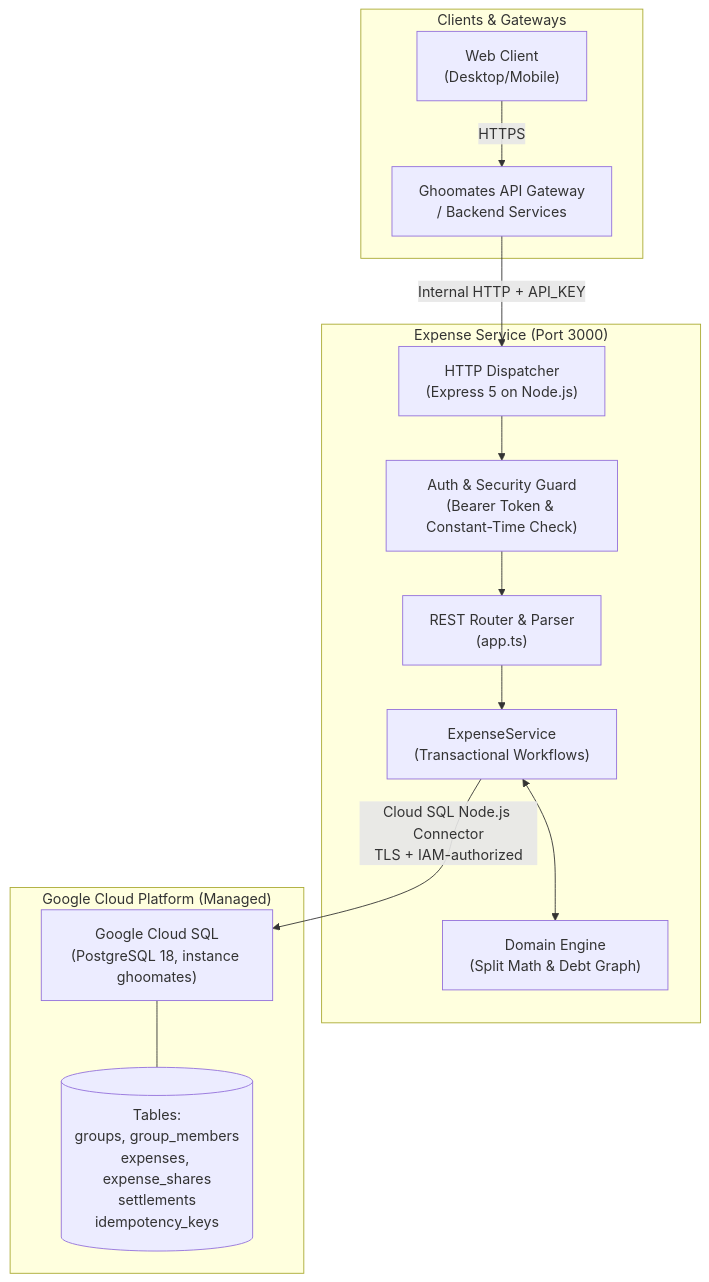
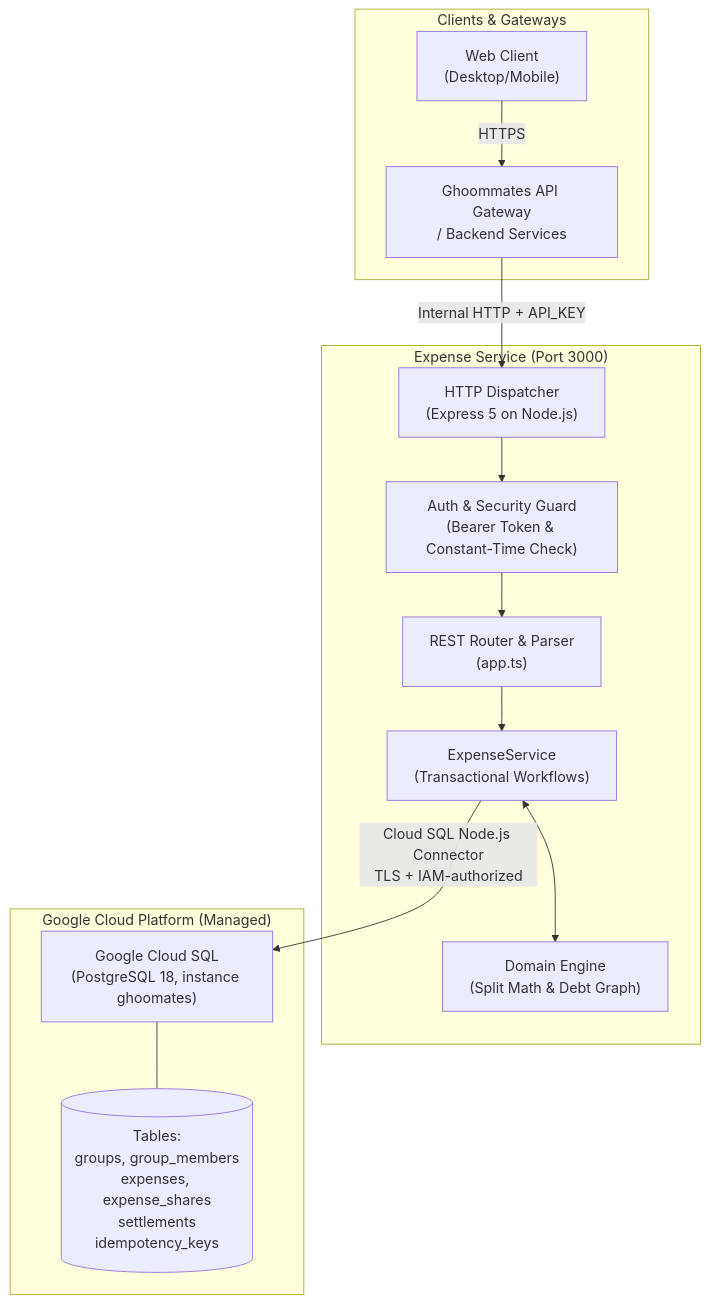
The first of 3 diagrams in backend/docs/expenses-architecture.md (sourabhbagrecha/ghoomMates), drawn with Mermaid before and after one commit. The commit also changed other lines of this file and 62 other files, not shown here.

First line of the commit message:
Rename the app from Ghoomates to Ghoommates

````diff
--- a/backend/docs/expenses-architecture.md
+++ b/backend/docs/expenses-architecture.md
@@ -23,29 +23,29 @@
 ```mermaid
 flowchart TD
     subgraph Clients["Clients & Gateways"]
         Web["Web Client\n(Desktop/Mobile)"]
-        Gateway["Ghoomates API Gateway\n/ Backend Services"]
+        Gateway["Ghoommates API Gateway\n/ Backend Services"]
     end
 
     subgraph Service["Expense Service (Port 3000)"]
         HTTP["HTTP Dispatcher\n(Express 5 on Node.js)"]
         Auth["Auth & Security Guard\n(Bearer Token & Constant-Time Check)"]
         Router["REST Router & Parser\n(app.ts)"]
         Domain["Domain Engine\n(Split Math & Debt Graph)"]
         ServiceLayer["ExpenseService\n(Transactional Workflows)"]
     end
 
     subgraph Storage["Google Cloud Platform (Managed)"]
         CloudSQL["Google Cloud SQL\n(PostgreSQL 18, instance ghoomates)"]
         Tables[("Tables:\ngroups, group_members\nexpenses, expense_shares\nsettlements\nidempotency_keys")]
     end
 
     Web -->|HTTPS| Gateway
     Gateway -->|Internal HTTP + API_KEY| HTTP
     HTTP --> Auth
     Auth --> Router
     Router --> ServiceLayer
     ServiceLayer <--> Domain
     ServiceLayer -->|Cloud SQL Node.js Connector\nTLS + IAM-authorized| CloudSQL
     CloudSQL --- Tables
 ```
````
